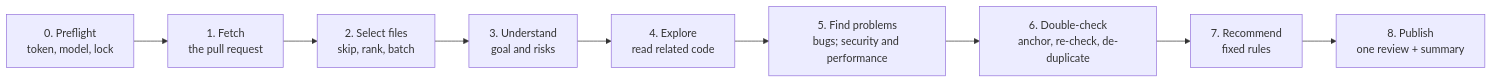
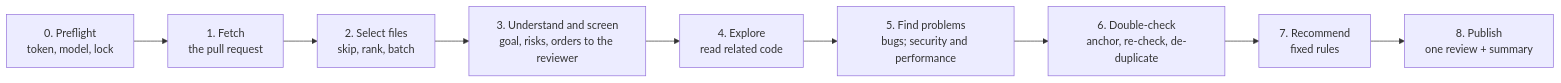
One commit to Vijay021212/pr-review-agent changed the diagram in README.md. Above: the diagram before and after it, drawn with Mermaid. The commit also changed other lines of this file and 17 other files, not shown here.

First line of the commit message:
Look for orders to the reviewer in a screen step of its own (#81)

````diff
--- a/README.md
+++ b/README.md
@@ -66,11 +66,11 @@
 ```mermaid
 flowchart LR
     preflight["0. Preflight<br/>token, model, lock"] --> fetch["1. Fetch<br/>the pull request"]
     fetch --> select["2. Select files<br/>skip, rank, batch"]
-    select --> understand["3. Understand<br/>goal and risks"]
+    select --> understand["3. Understand and screen<br/>goal, risks, orders to the reviewer"]
     understand --> explore["4. Explore<br/>read related code"]
     explore --> find["5. Find problems<br/>bugs; security and performance"]
     find --> check["6. Double-check<br/>anchor, re-check, de-duplicate"]
     check --> recommend["7. Recommend<br/>fixed rules"]
     recommend --> publish["8. Publish<br/>one review + summary"]
 ```
````
